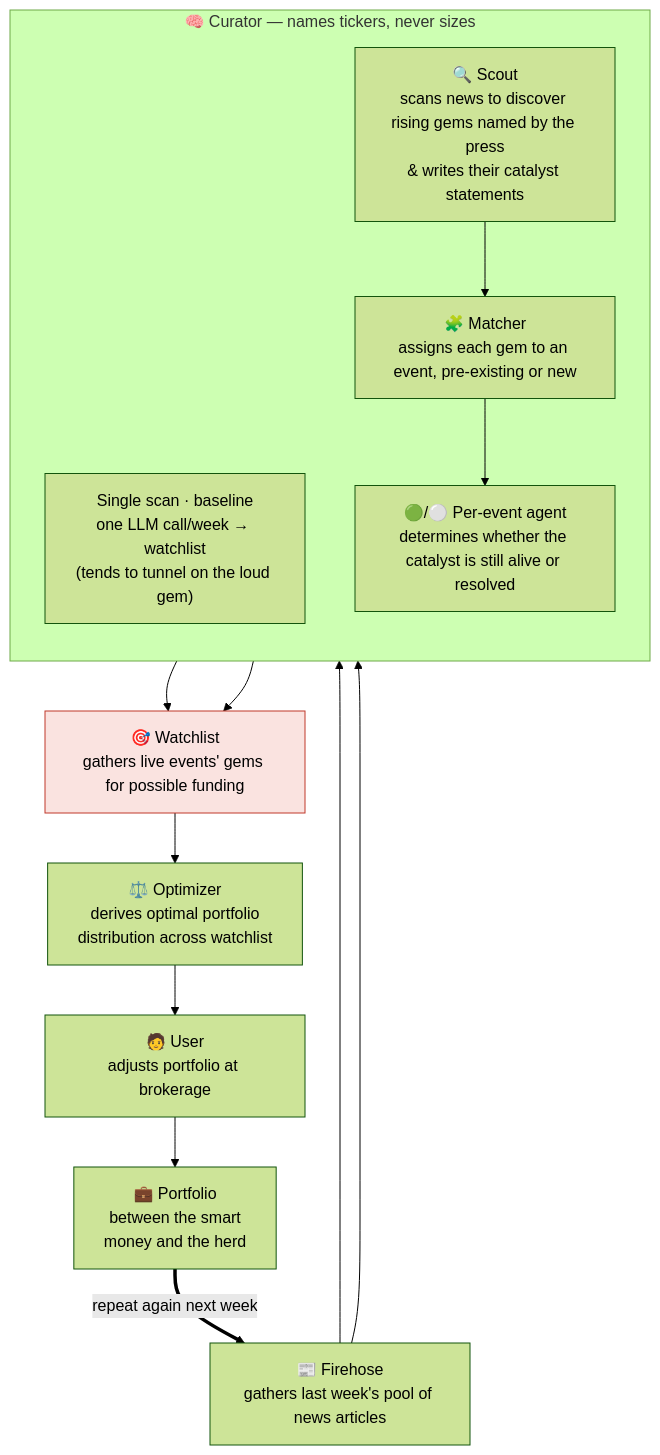
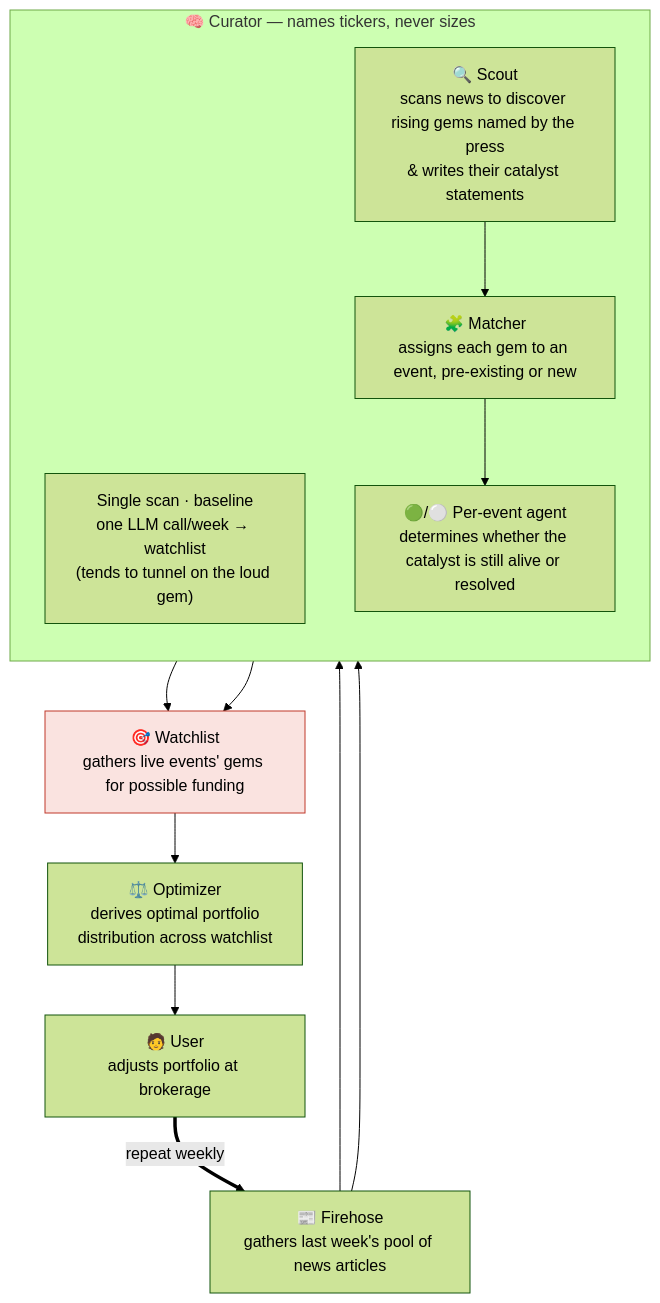
Before and after one commit to joehahn/geo-herd-rider: the diagram in README.md, drawn with Mermaid (forest theme).

Commit message:
README: drop Portfolio box; loop ends at User, relabel 'repeat weekly'

````diff
--- a/README.md
+++ b/README.md
@@ -18,28 +18,27 @@
 ```mermaid
 flowchart TD
     S["📰 Firehose<br/>gathers last week's pool of news articles"]
 
     subgraph CUR["🧠 Curator — names tickers, never sizes"]
       direction TB
       SS["Single scan · baseline<br/>one LLM call/week → watchlist<br/>(tends to tunnel on the loud gem)"]
       SC["🔍 Scout<br/>scans news to discover rising gems named by the press<br/>& writes their catalyst statements"]
       MA["🧩 Matcher<br/>assigns each gem to an event, pre-existing or new"]
       AG["🟢/⚪ Per-event agent<br/>determines whether the catalyst is still alive or resolved"]
       SC --> MA --> AG
     end
 
     E["🎯 Watchlist<br/>gathers live events' gems for possible funding"]
     W["⚖️ Optimizer<br/>derives optimal portfolio<br/>distribution across watchlist"]
     U["🧑 User<br/>adjusts portfolio at brokerage"]
-    B["💼 Portfolio<br/>between the smart<br/>money and the herd"]
 
     S --> SS
     S --> SC
     SS --> E
     AG --> E
-    E --> W --> U --> B
-    B == "repeat again next week" ==> S
+    E --> W --> U
+    U == "repeat weekly" ==> S
 
     classDef bet fill:#fae3e0,stroke:#c0392b;
     class E bet
 ```
````
